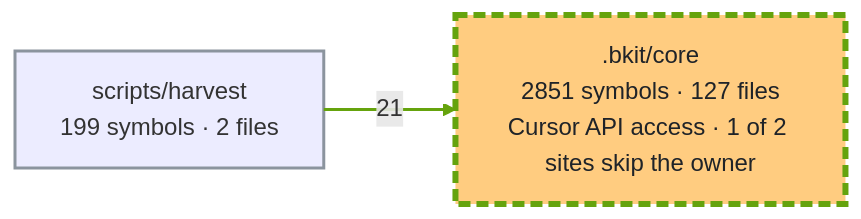
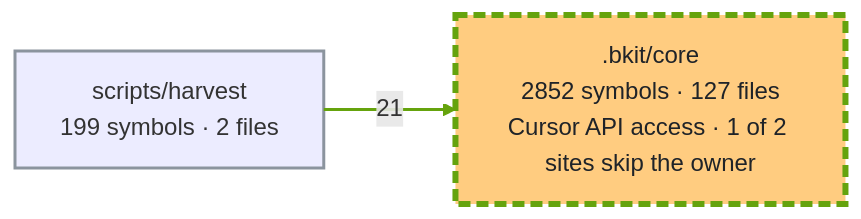
The first of 2 diagrams in docs/capabilities.md (cbartens/bkit), drawn with Mermaid before and after one commit. The commit also changed other lines of this file and 9 other files, not shown here.

````diff
--- a/docs/capabilities.md
+++ b/docs/capabilities.md
@@ -150,16 +150,16 @@
 ```mermaid
 ---
 config:
   layout: elk
   flowchart:
     useMaxWidth: false
 ---
 flowchart LR
-  %% Generated by bkit-graphify-rollup.py from 4076e15c23cb43255061a71683d774f9dcdc0bdd — do not edit
-  n_bkit_core[".bkit/core<br/>2851 symbols · 127 files<br/>Cursor API access · 1 of 2 sites skip the owner"]
+  %% Generated by bkit-graphify-rollup.py from 58bc94aeaed15e1e70ec8674c04a90a3a0094ce8 — do not edit
+  n_bkit_core[".bkit/core<br/>2852 symbols · 127 files<br/>Cursor API access · 1 of 2 sites skip the owner"]
   nscripts_harvest["scripts/harvest<br/>199 symbols · 2 files"]
   nscripts_harvest -->|21| n_bkit_core
   style n_bkit_core stroke:#65a30d,stroke-width:4px,stroke-dasharray:8 4,fill:#ffcc80,color:#1f2328
   style nscripts_harvest stroke:#8b949e,stroke-width:2px
   linkStyle 0 stroke:#65a30d,stroke-width:2px
 ```
````
